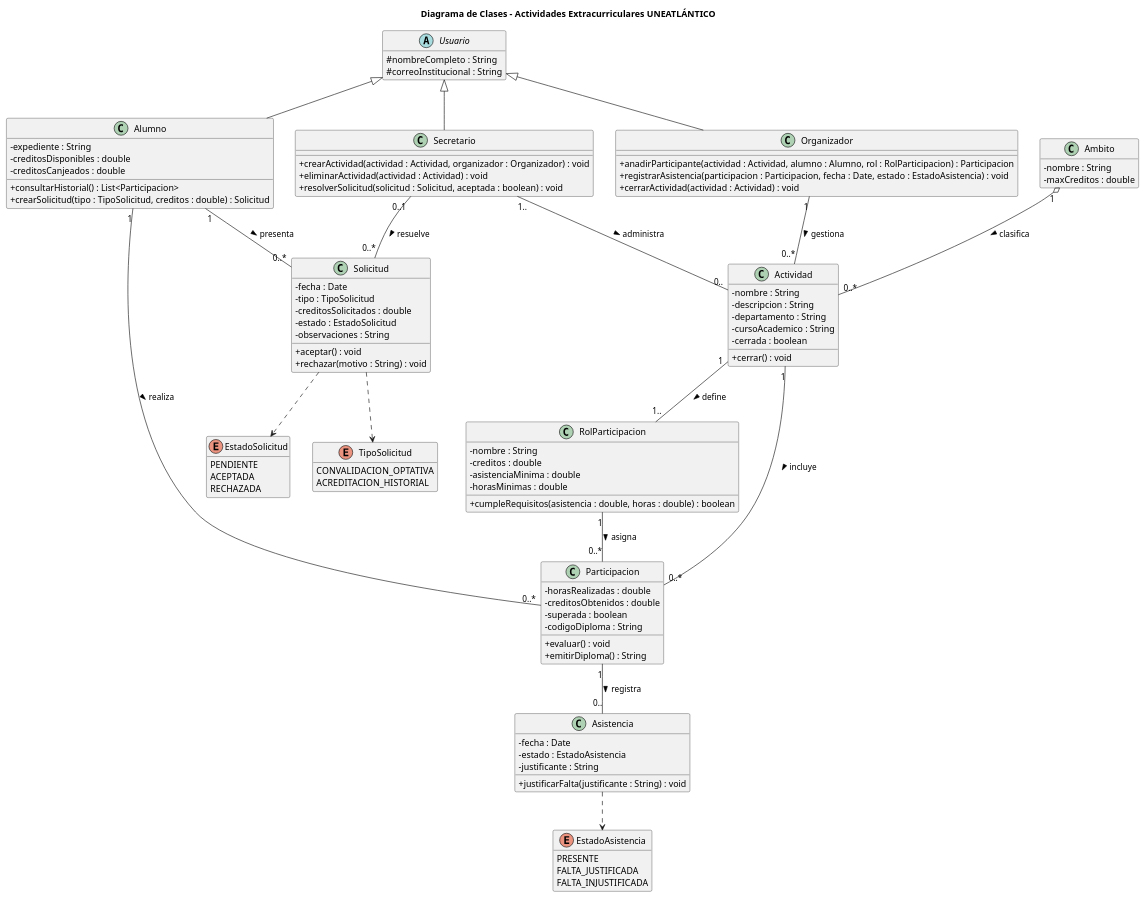
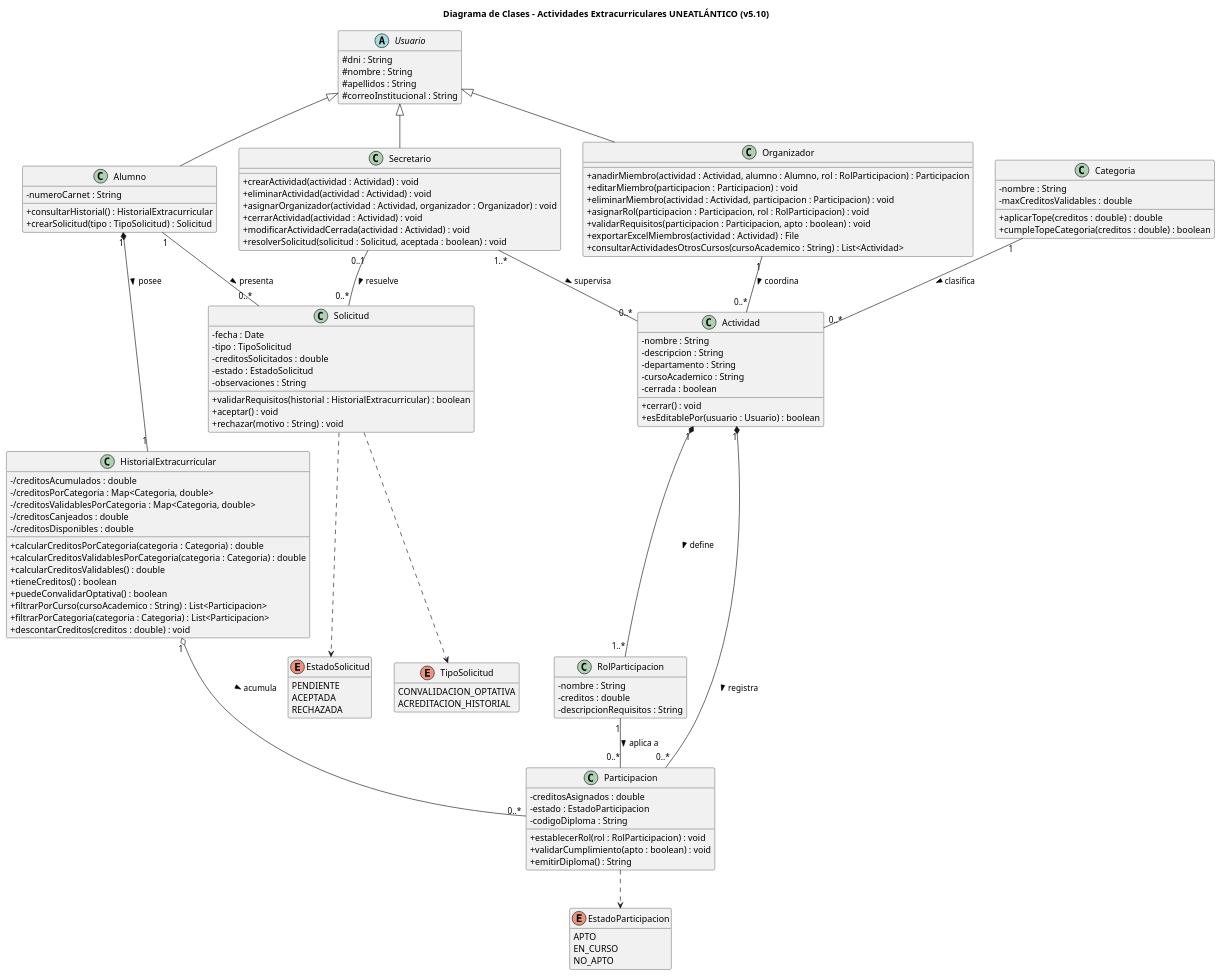
One commit to SaraVaqueroRelea/26-27-IdSw1-SDR changed the diagram in diagramas/diagramaClases/diagramaClases.puml. Above: the diagram before and after it, drawn with PlantUML.

Commit message:
actualizacion diagrama clases
Updated class diagram for extracurricular activities to reflect new attributes and methods.

```diff
--- a/diagramas/diagramaClases/diagramaClases.puml
+++ b/diagramas/diagramaClases/diagramaClases.puml
@@ -1,122 +1,140 @@
 @startuml
-title Diagrama de Clases - Actividades Extracurriculares UNEATLÁNTICO
+title Diagrama de Clases - Actividades Extracurriculares UNEATLÁNTICO (v5.10)
 
 skinparam classAttributeIconSize 0
 hide empty methods
 
-enum EstadoAsistencia {
-  PRESENTE
-  FALTA_JUSTIFICADA
-  FALTA_INJUSTIFICADA
+enum EstadoParticipacion {
+  APTO
+  EN_CURSO
+  NO_APTO
 }
 
 enum TipoSolicitud {
   CONVALIDACION_OPTATIVA
   ACREDITACION_HISTORIAL
 }
 
 enum EstadoSolicitud {
   PENDIENTE
   ACEPTADA
   RECHAZADA
 }
 
 abstract class Usuario {
-  # nombreCompleto : String
+  # dni : String
+  # nombre : String
+  # apellidos : String
   # correoInstitucional : String
 }
 
 class Secretario {
-  + crearActividad(actividad : Actividad, organizador : Organizador) : void
+  + crearActividad(actividad : Actividad) : void
   + eliminarActividad(actividad : Actividad) : void
+  + asignarOrganizador(actividad : Actividad, organizador : Organizador) : void
+  + cerrarActividad(actividad : Actividad) : void
+  + modificarActividadCerrada(actividad : Actividad) : void
   + resolverSolicitud(solicitud : Solicitud, aceptada : boolean) : void
 }
 
 class Organizador {
-  + anadirParticipante(actividad : Actividad, alumno : Alumno, rol : RolParticipacion) : Participacion
-  + registrarAsistencia(participacion : Participacion, fecha : Date, estado : EstadoAsistencia) : void
-  + cerrarActividad(actividad : Actividad) : void
+  + anadirMiembro(actividad : Actividad, alumno : Alumno, rol : RolParticipacion) : Participacion
+  + editarMiembro(participacion : Participacion) : void
+  + eliminarMiembro(actividad : Actividad, participacion : Participacion) : void
+  + asignarRol(participacion : Participacion, rol : RolParticipacion) : void
+  + validarRequisitos(participacion : Participacion, apto : boolean) : void
+  + exportarExcelMiembros(actividad : Actividad) : File
+  + consultarActividadesOtrosCursos(cursoAcademico : String) : List<Actividad>
 }
 
 class Alumno {
-  - expediente : String
-  - creditosDisponibles : double
-  - creditosCanjeados : double
-  + consultarHistorial() : List<Participacion>
-  + crearSolicitud(tipo : TipoSolicitud, creditos : double) : Solicitud
+  - numeroCarnet : String
+  + consultarHistorial() : HistorialExtracurricular
+  + crearSolicitud(tipo : TipoSolicitud) : Solicitud
 }
 
-class Ambito {
+class HistorialExtracurricular {
+  - /creditosAcumulados : double
+  - /creditosPorCategoria : Map<Categoria, double>
+  - /creditosValidablesPorCategoria : Map<Categoria, double>
+  - /creditosCanjeados : double
+  - /creditosDisponibles : double
+  + calcularCreditosPorCategoria(categoria : Categoria) : double
+  + calcularCreditosValidablesPorCategoria(categoria : Categoria) : double
+  + calcularCreditosValidables() : double
+  + tieneCreditos() : boolean
+  + puedeConvalidarOptativa() : boolean
+  + filtrarPorCurso(cursoAcademico : String) : List<Participacion>
+  + filtrarPorCategoria(categoria : Categoria) : List<Participacion>
+  + descontarCreditos(creditos : double) : void
+}
+
+class Categoria {
   - nombre : String
-  - maxCreditos : double
+  - maxCreditosValidables : double
+  + aplicarTope(creditos : double) : double
+  + cumpleTopeCategoria(creditos : double) : boolean
 }
 
 class Actividad {
   - nombre : String
   - descripcion : String
   - departamento : String
   - cursoAcademico : String
   - cerrada : boolean
   + cerrar() : void
+  + esEditablePor(usuario : Usuario) : boolean
 }
 
 class RolParticipacion {
   - nombre : String
   - creditos : double
-  - asistenciaMinima : double
-  - horasMinimas : double
-  + cumpleRequisitos(asistencia : double, horas : double) : boolean
+  - descripcionRequisitos : String
 }
 
 class Participacion {
-  - horasRealizadas : double
-  - creditosObtenidos : double
-  - superada : boolean
+  - creditosAsignados : double
+  - estado : EstadoParticipacion
   - codigoDiploma : String
-  + evaluar() : void
+  + establecerRol(rol : RolParticipacion) : void
+  + validarCumplimiento(apto : boolean) : void
   + emitirDiploma() : String
-}
-
-class Asistencia {
-  - fecha : Date
-  - estado : EstadoAsistencia
-  - justificante : String
-  + justificarFalta(justificante : String) : void
 }
 
 class Solicitud {
   - fecha : Date
   - tipo : TipoSolicitud
   - creditosSolicitados : double
   - estado : EstadoSolicitud
   - observaciones : String
+  + validarRequisitos(historial : HistorialExtracurricular) : boolean
   + aceptar() : void
   + rechazar(motivo : String) : void
 }
 
 ' Herencia
 Usuario <|-- Secretario
 Usuario <|-- Organizador
 Usuario <|-- Alumno
 
 ' Asociaciones
-Ambito "1" o-- "0..*" Actividad : clasifica >
-Secretario "1.." -- "0.." Actividad : administra >
-Organizador "1" -- "0..*" Actividad : gestiona >
+Categoria "1" -- "0..*" Actividad : clasifica >
+Secretario "1..*" -- "0..*" Actividad : supervisa >
+Organizador "1" -- "0..*" Actividad : coordina >
 
-Actividad "1" -- "1.." RolParticipacion : define >
-Actividad "1" -- "0..*" Participacion : incluye >
-Alumno "1" -- "0..*" Participacion : realiza >
-RolParticipacion "1" -- "0..*" Participacion : asigna >
+Actividad "1" *-- "1..*" RolParticipacion : define >
+Actividad "1" *-- "0..*" Participacion : registra >
+RolParticipacion "1" -- "0..*" Participacion : aplica a >
 
-Participacion "1" -- "0.." Asistencia : registra >
+Alumno "1" *-- "1" HistorialExtracurricular : posee >
+HistorialExtracurricular "1" o-- "0..*" Participacion : acumula >
 
 Alumno "1" -- "0..*" Solicitud : presenta >
 Secretario "0..1" -- "0..*" Solicitud : resuelve >
 
 ' Dependencias con enumeraciones
-Asistencia ..> EstadoAsistencia
+Participacion ..> EstadoParticipacion
 Solicitud ..> TipoSolicitud
 Solicitud ..> EstadoSolicitud
 
 @enduml
```
